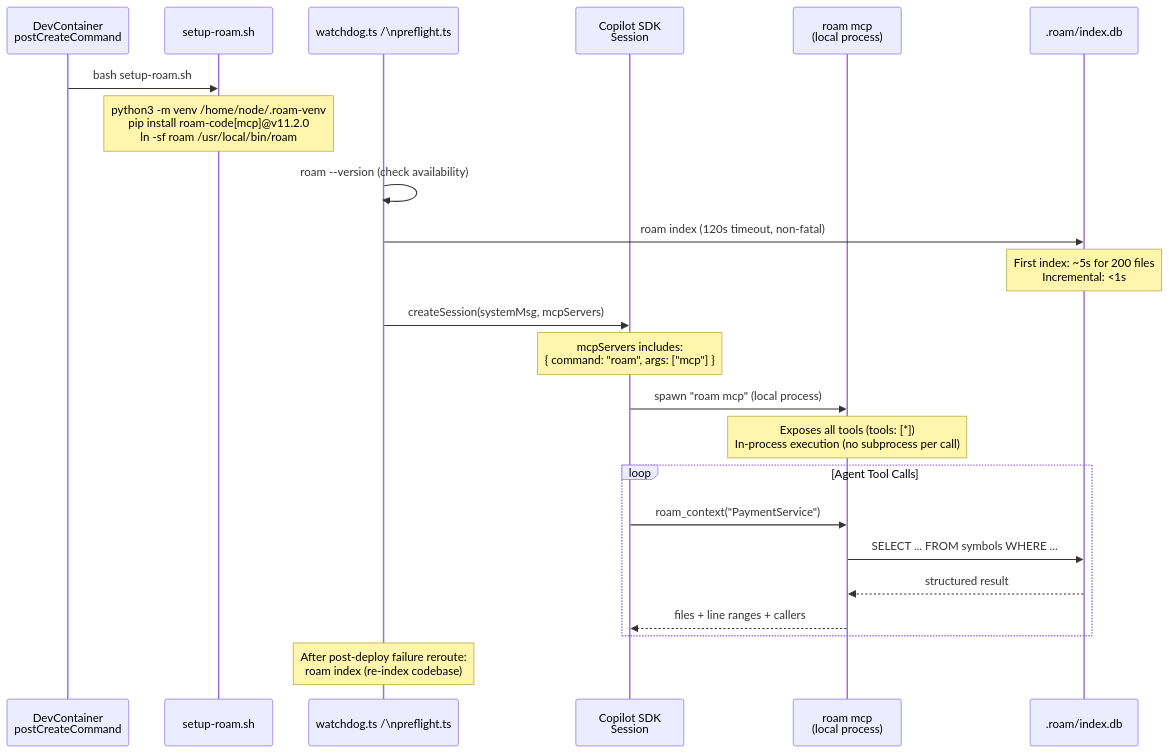
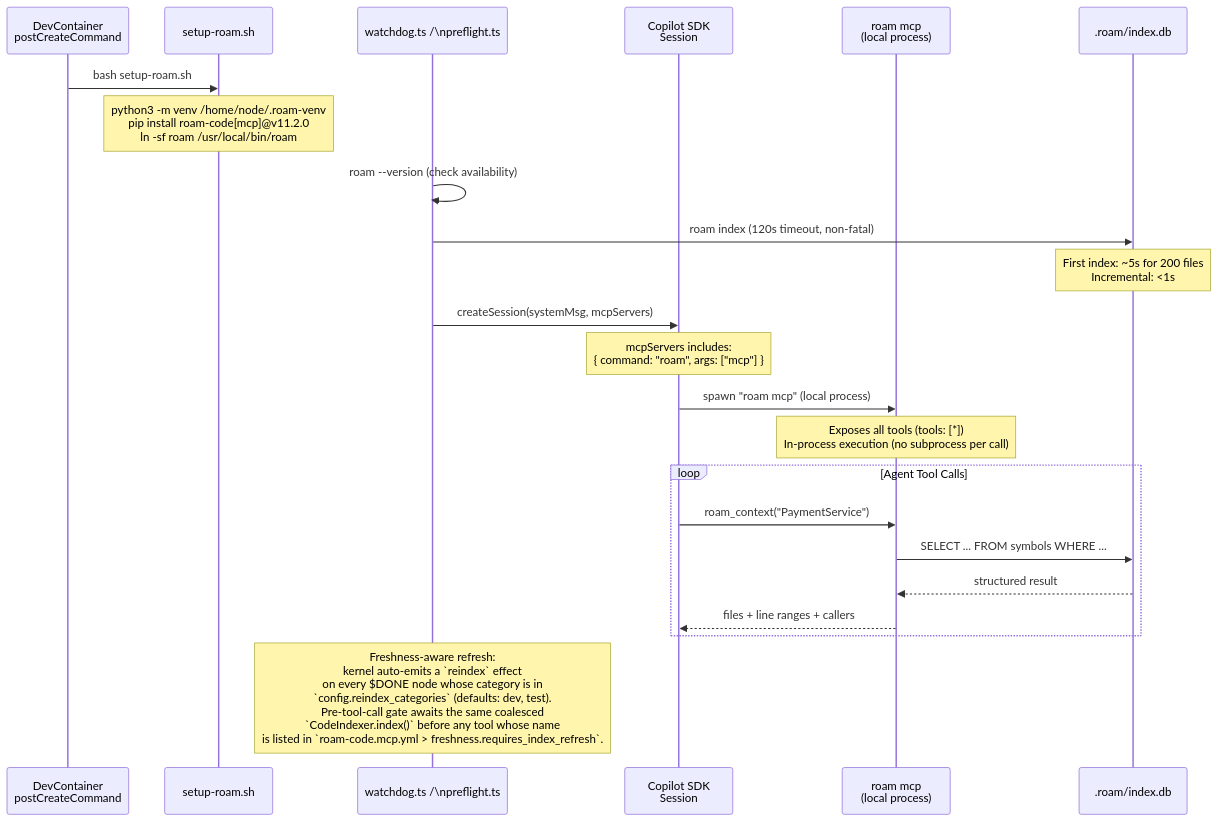
The eighth of 10 diagrams in tools/autonomous-factory/docs/02-roam-code.md (RomanKaliupinMelonusa/DAGent-t), drawn with Mermaid before and after one commit. The commit also changed other lines of this file and 30 other files, not shown here.

First line of the commit message:
Add Roam code indexer and freshness gating

````diff
--- a/tools/autonomous-factory/docs/02-roam-code.md
+++ b/tools/autonomous-factory/docs/02-roam-code.md
@@ -228,31 +228,31 @@
 ```mermaid
 sequenceDiagram
     participant DC as DevContainer<br/>postCreateCommand
     participant SH as setup-roam.sh
     participant W as watchdog.ts /\npreflight.ts
     participant SDK as Copilot SDK<br/>Session
     participant MCP as roam mcp<br/>(local process)
     participant DB as .roam/index.db
 
     DC->>SH: bash setup-roam.sh
     Note over SH: python3 -m venv /home/node/.roam-venv<br/>pip install roam-code[mcp]@v11.2.0<br/>ln -sf roam /usr/local/bin/roam
 
     W->>W: roam --version (check availability)
     W->>DB: roam index (120s timeout, non-fatal)
     Note over DB: First index: ~5s for 200 files<br/>Incremental: <1s
 
     W->>SDK: createSession(systemMsg, mcpServers)
     Note over SDK: mcpServers includes:<br/>{ command: "roam", args: ["mcp"] }
 
     SDK->>MCP: spawn "roam mcp" (local process)
     Note over MCP: Exposes all tools (tools: [*])<br/>In-process execution (no subprocess per call)
 
     loop Agent Tool Calls
         SDK->>MCP: roam_context("PaymentService")
         MCP->>DB: SELECT ... FROM symbols WHERE ...
         DB-->>MCP: structured result
         MCP-->>SDK: files + line ranges + callers
     end
 
-    Note over W: After post-deploy failure reroute:<br/>roam index (re-index codebase)
+    Note over W: Freshness-aware refresh:<br/>kernel auto-emits a `reindex` effect<br/>on every $DONE node whose category is in<br/>`config.reindex_categories` (defaults: dev, test).<br/>Pre-tool-call gate awaits the same coalesced<br/>`CodeIndexer.index()` before any tool whose name<br/>is listed in `roam-code.mcp.yml > freshness.requires_index_refresh`.
 ```
````
